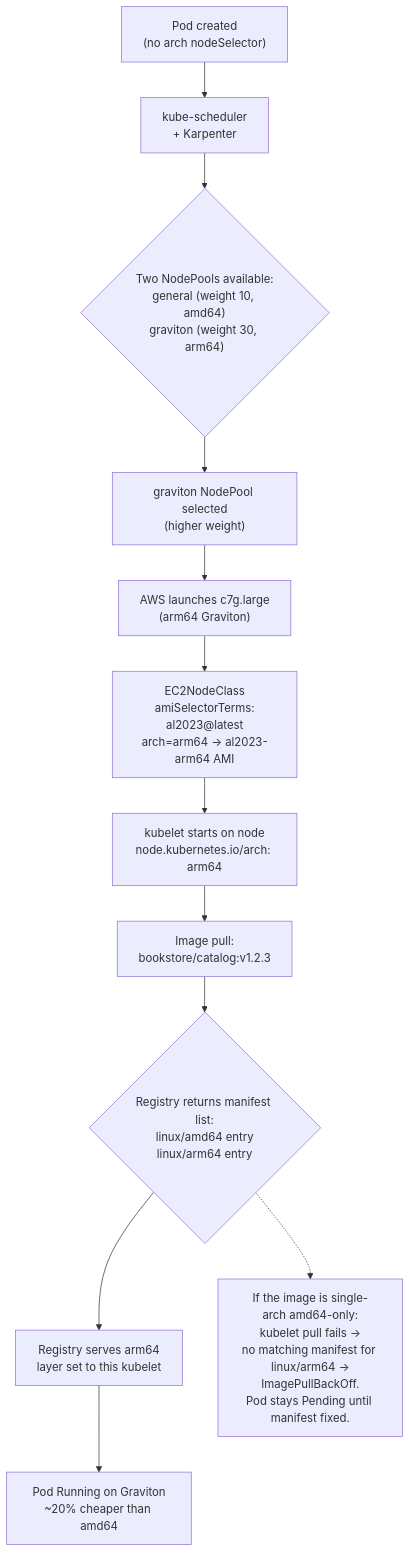
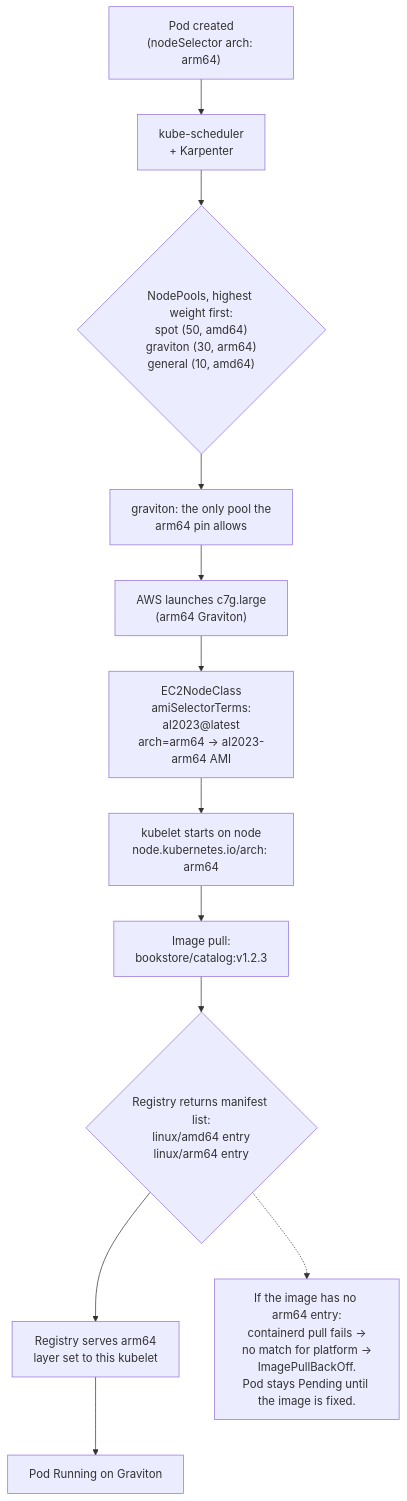
The diagram in full-guide/14-eks-in-production-a-to-z/09-arm-graviton-on-eks.md (abd-ulbasit/bookstore-kubernetes-guide), drawn with Mermaid before and after one commit. The commit also changed other lines of this file and 1 other file, not shown here.

First line of the commit message:
14.09 Graviton: pin index digests, sign each platform, fix claims

````diff
--- a/full-guide/14-eks-in-production-a-to-z/09-arm-graviton-on-eks.md
+++ b/full-guide/14-eks-in-production-a-to-z/09-arm-graviton-on-eks.md
@@ -187,19 +190,19 @@
 ```mermaid
 flowchart TB
-    pod["Pod created<br/>(no arch nodeSelector)"]
+    pod["Pod created<br/>(nodeSelector arch: arm64)"]
     sched["kube-scheduler<br/>+ Karpenter"]
-    nps{"Two NodePools available:<br/>general (weight 10, amd64)<br/>graviton (weight 30, arm64)"}
-    np_g["graviton NodePool selected<br/>(higher weight)"]
+    nps{"NodePools, highest weight first:<br/>spot (50, amd64)<br/>graviton (30, arm64)<br/>general (10, amd64)"}
+    np_g["graviton: the only pool the<br/>arm64 pin allows"]
     ec2["AWS launches c7g.large<br/>(arm64 Graviton)"]
     ami["EC2NodeClass<br/>amiSelectorTerms:<br/>al2023@latest<br/>arch=arm64 -> al2023-arm64 AMI"]
     kubelet["kubelet starts on node<br/>node.kubernetes.io/arch: arm64"]
     pull["Image pull:<br/>bookstore/catalog:v1.2.3"]
     reg{"Registry returns manifest list:<br/>linux/amd64 entry<br/>linux/arm64 entry"}
     layer["Registry serves arm64<br/>layer set to this kubelet"]
-    run["Pod Running on Graviton<br/>~20% cheaper than amd64"]
+    run["Pod Running on Graviton"]
 
     pod --> sched --> nps --> np_g --> ec2 --> ami --> kubelet --> pull --> reg --> layer --> run
 
-    note["If the image is single-arch amd64-only:<br/>kubelet pull fails -><br/>no matching manifest for linux/arm64 -><br/>ImagePullBackOff.<br/>Pod stays Pending until manifest fixed."]
+    note["If the image has no arm64 entry:<br/>containerd pull fails -><br/>no match for platform -><br/>ImagePullBackOff.<br/>Pod stays Pending until the image is fixed."]
     reg -.-> note
 ```
````
